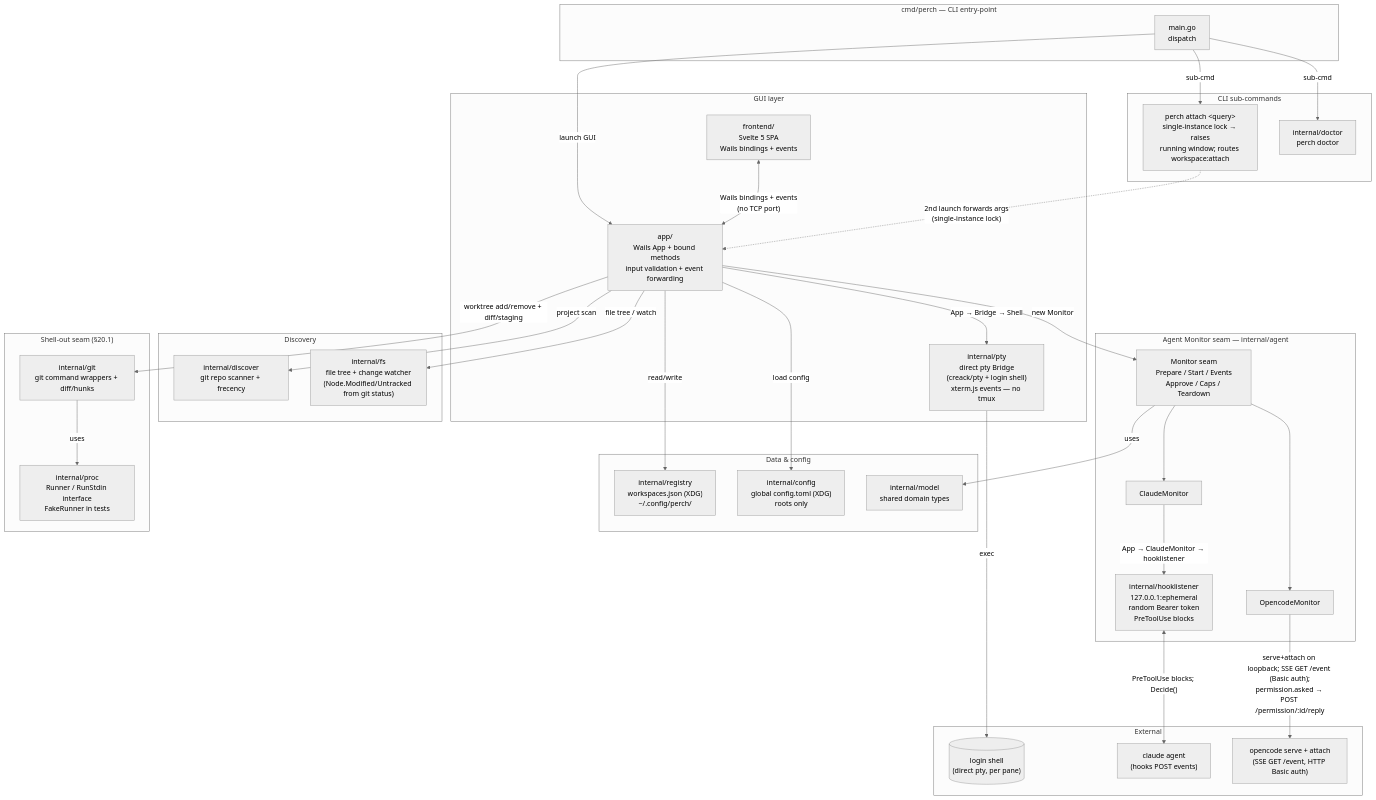
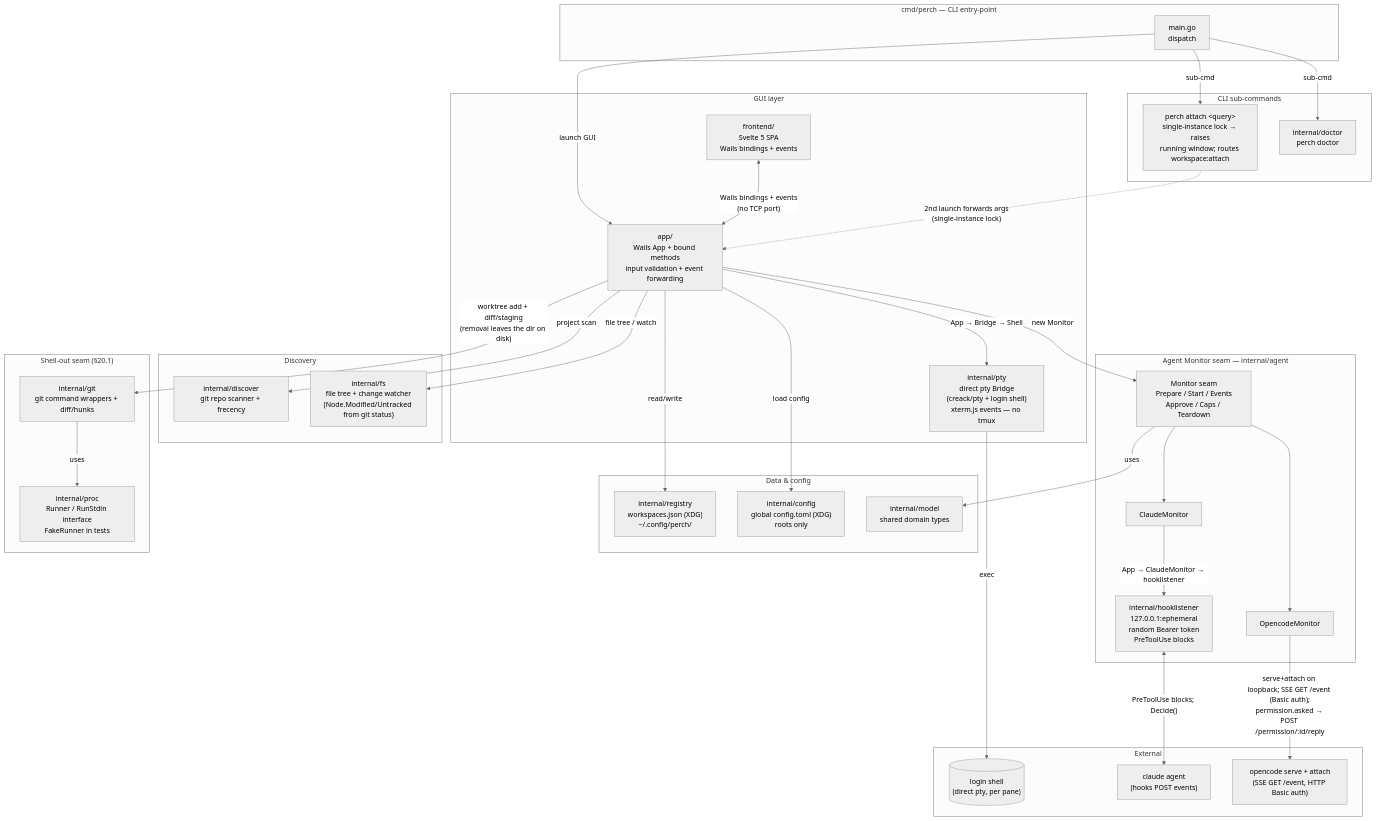
One commit to miniature-pug/perch changed the diagram in docs/diagrams/architecture.mmd. Above: the diagram before and after it, drawn with Mermaid (neutral theme). The commit also changed 7 other files, not shown here.

First line of the commit message:
docs: sync architecture, README, changelog, diagrams, spec to as-built

```diff
--- a/docs/diagrams/architecture.mmd
+++ b/docs/diagrams/architecture.mmd
@@ -1,70 +1,70 @@
 flowchart TD
     subgraph CLI["cmd/perch — CLI entry-point"]
         main["main.go\ndispatch"]
     end
 
     subgraph GUILayer["GUI layer"]
         apppkg["app/\nWails App + bound methods\ninput validation + event forwarding"]
         pty["internal/pty\ndirect pty Bridge\n(creack/pty + login shell)\nxterm.js events — no tmux"]
         frontend["frontend/\nSvelte 5 SPA\nWails bindings + events"]
     end
 
     subgraph Agents["Agent Monitor seam — internal/agent"]
         monitor["Monitor seam\nPrepare / Start / Events\nApprove / Caps / Teardown"]
         claudemon["ClaudeMonitor"]
         opencodemon["OpencodeMonitor"]
         hooklistener["internal/hooklistener\n127.0.0.1:ephemeral\nrandom Bearer token\nPreToolUse blocks"]
     end
 
     subgraph CLIFlows["CLI sub-commands"]
         attach["perch attach &lt;query&gt;\nsingle-instance lock → raises\nrunning window; routes workspace:attach"]
         doctor["internal/doctor\nperch doctor"]
     end
 
     subgraph DataLayer["Data & config"]
         registry["internal/registry\nworkspaces.json (XDG)\n~/.config/perch/"]
         config["internal/config\nglobal config.toml (XDG)\nroots only"]
         model["internal/model\nshared domain types"]
     end
 
     subgraph Discovery["Discovery"]
         discover["internal/discover\ngit repo scanner + frecency"]
         fs["internal/fs\nfile tree + change watcher\n(Node.Modified/Untracked from git status)"]
     end
 
     subgraph ShellSeam["Shell-out seam (§20.1)"]
         proc["internal/proc\nRunner / RunStdin interface\nFakeRunner in tests"]
         git["internal/git\ngit command wrappers + diff/hunks"]
     end
 
     subgraph External["External"]
         shell[("login shell\n(direct pty, per pane)")]
         claudeagent["claude agent\n(hooks POST events)"]
         opencodeagent["opencode serve + attach\n(SSE GET /event, HTTP Basic auth)"]
     end
 
     main -->|"launch GUI"| apppkg
     main -->|"sub-cmd"| attach
     main -->|"sub-cmd"| doctor
 
     frontend <-->|"Wails bindings + events\n(no TCP port)"| apppkg
     apppkg -->|"App → Bridge → Shell"| pty
     apppkg -->|"new Monitor"| monitor
     apppkg -->|"read/write"| registry
     apppkg -->|"load config"| config
-    apppkg -->|"worktree add/remove + diff/staging"| git
+    apppkg -->|"worktree add + diff/staging\n(removal leaves the dir on disk)"| git
     apppkg -->|"file tree / watch"| fs
     apppkg -->|"project scan"| discover
 
     pty -->|"exec"| shell
 
     monitor --> claudemon
     monitor --> opencodemon
     claudemon -->|"App → ClaudeMonitor → hooklistener"| hooklistener
     hooklistener <-->|"PreToolUse blocks; Decide()"| claudeagent
     opencodemon -->|"serve+attach on loopback; SSE GET /event (Basic auth);\npermission.asked → POST /permission/:id/reply"| opencodeagent
 
     attach -.->|"2nd launch forwards args\n(single-instance lock)"| apppkg
 
     git -->|"uses"| proc
     monitor -->|"uses"| model
```
